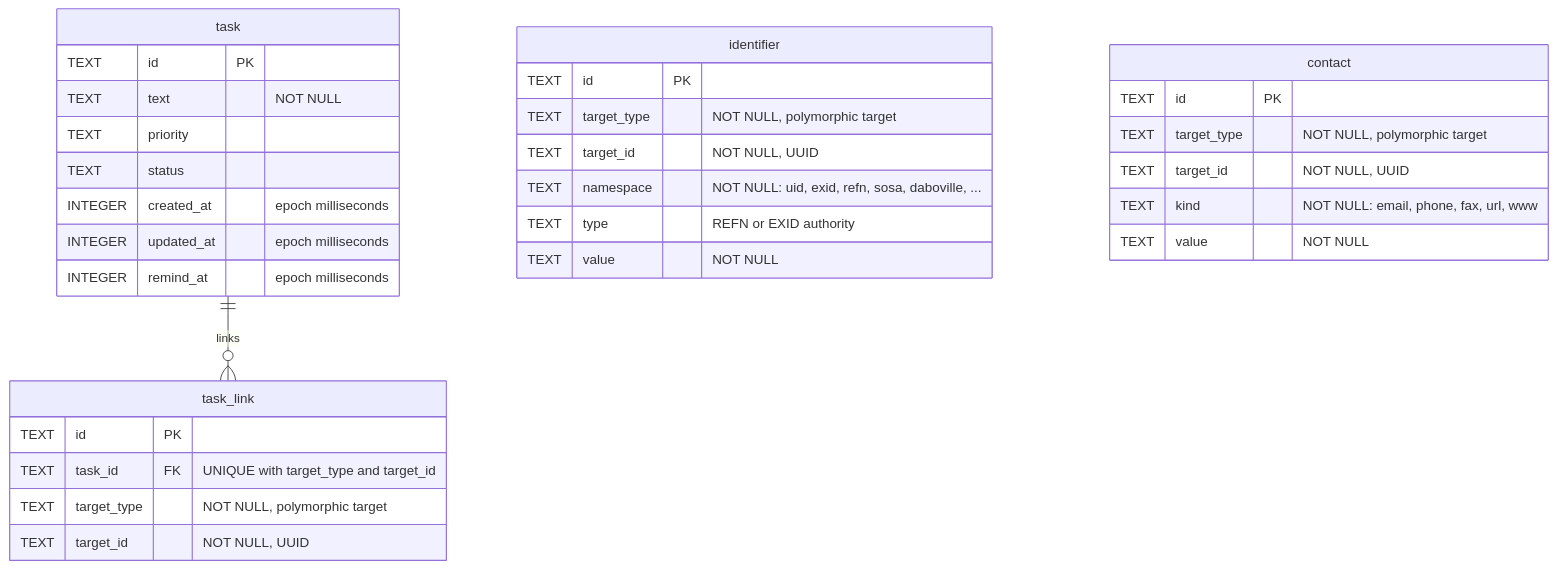
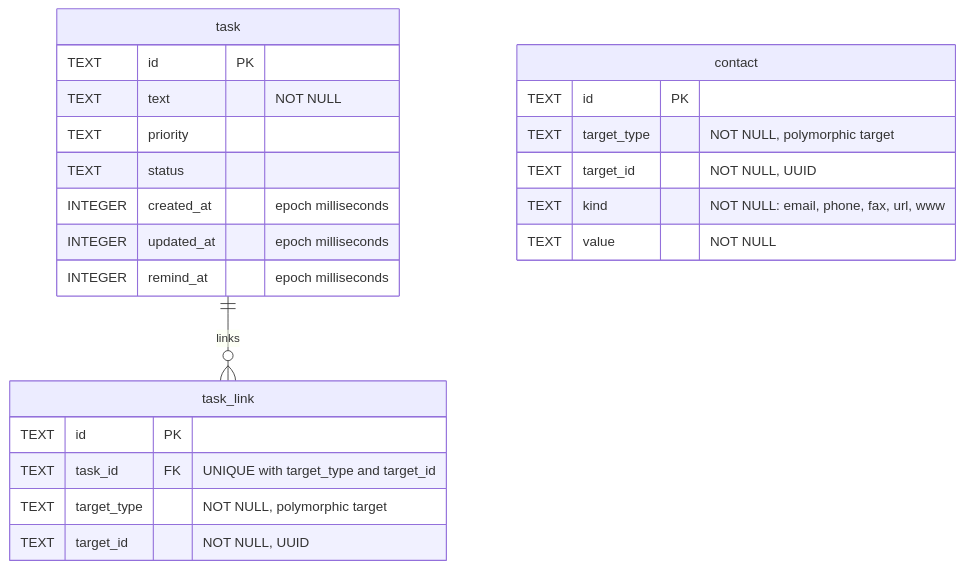
Diagram 12 of 12 in docs/db-schema.md (borisovodov/doru), drawn with Mermaid before and after one commit. The commit also changed other lines of this file and 89 other files, not shown here.

````diff
--- a/docs/db-schema.md
+++ b/docs/db-schema.md
@@ -859,38 +859,29 @@
 ```mermaid
 erDiagram
     task ||--o{ task_link : "links"
-
-    identifier {
-        TEXT id PK
-        TEXT target_type "NOT NULL, polymorphic target"
-        TEXT target_id "NOT NULL, UUID"
-        TEXT namespace "NOT NULL: uid, exid, refn, sosa, daboville, ..."
-        TEXT type "REFN or EXID authority"
-        TEXT value "NOT NULL"
-    }
 
     contact {
         TEXT id PK
         TEXT target_type "NOT NULL, polymorphic target"
         TEXT target_id "NOT NULL, UUID"
         TEXT kind "NOT NULL: email, phone, fax, url, www"
         TEXT value "NOT NULL"
     }
 
     task {
         TEXT id PK
         TEXT text "NOT NULL"
         TEXT priority
         TEXT status
         INTEGER created_at "epoch milliseconds"
         INTEGER updated_at "epoch milliseconds"
         INTEGER remind_at "epoch milliseconds"
     }
 
     task_link {
         TEXT id PK
         TEXT task_id FK "UNIQUE with target_type and target_id"
         TEXT target_type "NOT NULL, polymorphic target"
         TEXT target_id "NOT NULL, UUID"
     }
 ```
````
